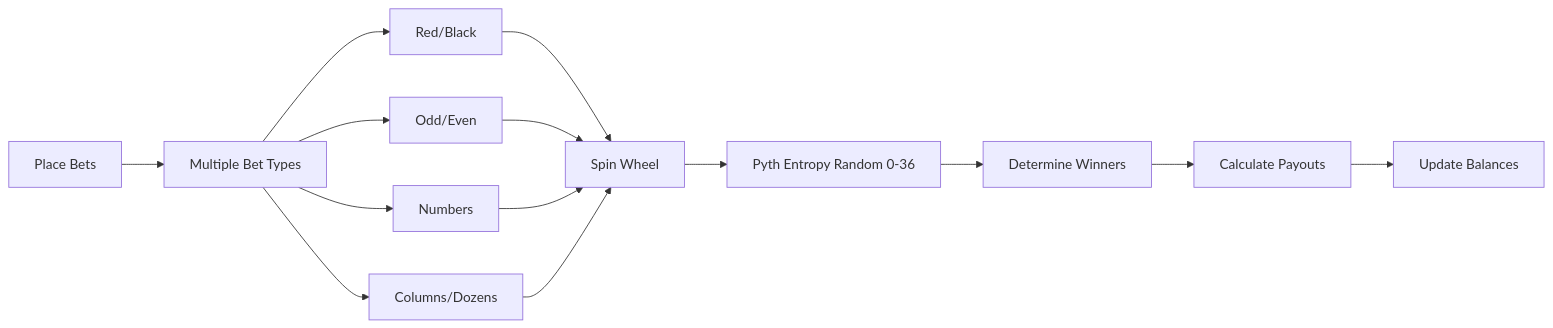
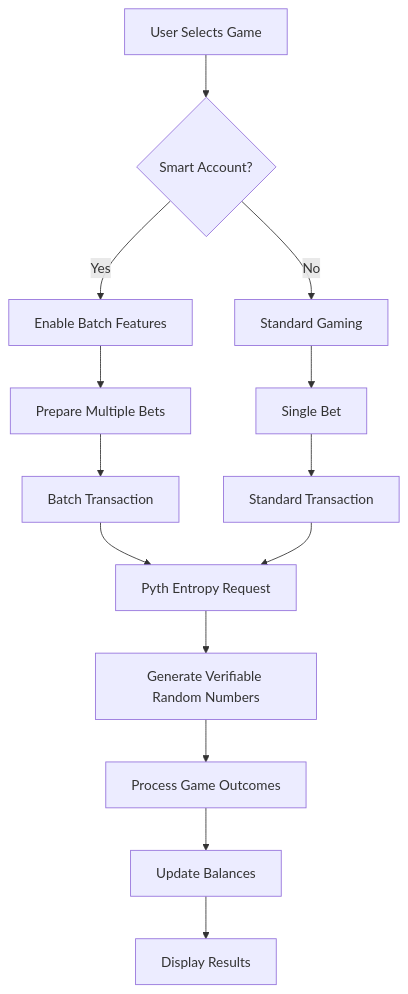
Before and after one commit to AmaanSayyad/APT-Casino-Monad: the ninth of 9 diagrams in README.md, drawn with Mermaid. The commit also changed other lines of this file, not shown here.

````diff
--- a/README.md
+++ b/README.md
@@ -565,18 +515,21 @@
 ```mermaid
-flowchart LR
-    A[Place Bets] --> B[Multiple Bet Types]
-    B --> C[Red/Black]
-    B --> D[Odd/Even]
-    B --> E[Numbers]
-    B --> F[Columns/Dozens]
+flowchart TD
+    A[User Selects Game] --> B{Smart Account?}
+    B -->|Yes| C[Enable Batch Features]
+    B -->|No| D[Standard Gaming]
     
-    C --> G[Spin Wheel]
-    D --> G
-    E --> G
-    F --> G
+    C --> E[Prepare Multiple Bets]
+    D --> F[Single Bet]
     
-    G --> H[Pyth Entropy Random 0-36]
-    H --> I[Determine Winners]
-    I --> J[Calculate Payouts]
-    J --> K[Update Balances]
+    E --> G[Batch Transaction]
+    F --> H[Standard Transaction]
+    
+    G --> I[Pyth Entropy Request]
+    H --> I
+    
+    I --> J[Generate Verifiable Random Numbers]
+    J --> K[Process Game Outcomes]
+    
+    K --> L[Update Balances]
+    L --> M[Display Results]
 ```
````
